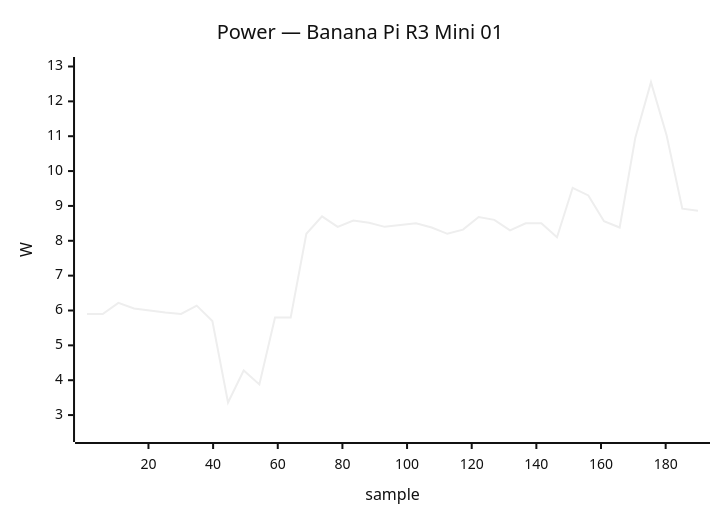
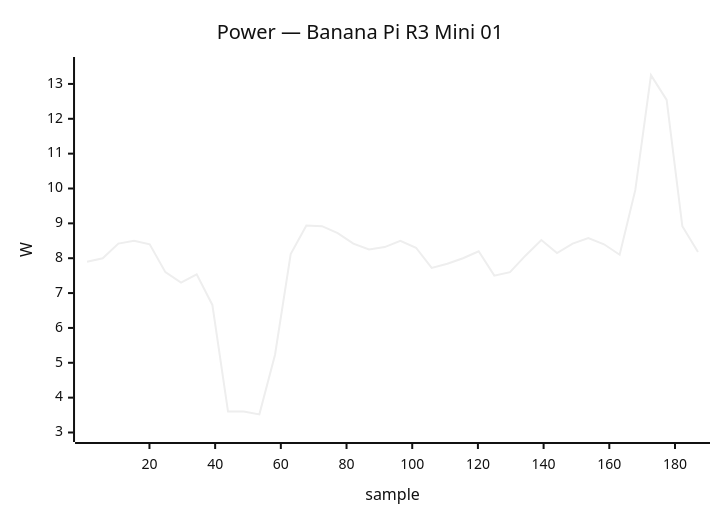
Before and after one commit to armbian/documentation: the ninth of 38 diagrams in docs/status/board-tests.md, drawn with Mermaid (neutral theme). The commit also changed other lines of this file, not shown here.

````diff
--- a/docs/status/board-tests.md
+++ b/docs/status/board-tests.md
@@ -463,7 +512,7 @@
 ```mermaid
 xychart-beta
     title "Power — Banana Pi R3 Mini 01"
-    x-axis "sample" 1 --> 190
-    y-axis "W" 2.5 --> 13.0
-    line [5.90, 5.90, 6.22, 6.06, 6.00, 5.94, 5.90, 6.14, 5.70, 3.36, 4.28, 3.88, 5.80, 5.80, 8.20, 8.70, 8.40, 8.58, 8.52, 8.40, 8.45, 8.50, 8.38, 8.20, 8.32, 8.68, 8.60, 8.30, 8.50, 8.50, 8.10, 9.52, 9.30, 8.56, 8.38, 10.96, 12.55, 11.02, 8.92, 8.86]
+    x-axis "sample" 1 --> 187
+    y-axis "W" 3.0 --> 13.5
+    line [7.90, 8.00, 8.42, 8.50, 8.40, 7.60, 7.30, 7.54, 6.66, 3.60, 3.60, 3.52, 5.23, 8.12, 8.94, 8.92, 8.72, 8.42, 8.25, 8.32, 8.50, 8.30, 7.72, 7.84, 8.00, 8.20, 7.50, 7.60, 8.08, 8.52, 8.15, 8.42, 8.58, 8.40, 8.10, 9.96, 13.25, 12.54, 8.92, 8.18]
 ```
````
